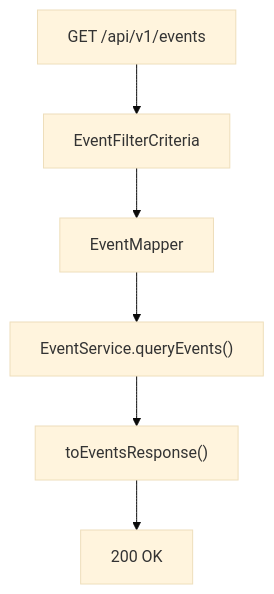
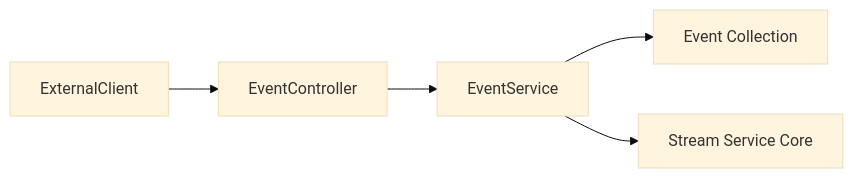
The fourth of 8 diagrams in docs/architecture/external-api-service-core/external-api-service-core.md (Praesto-Pro/openframe-oss-tenant), drawn with Mermaid (base theme) before and after one commit. The commit also changed other lines of this file and 174 other files, not shown here.

````diff
--- a/docs/architecture/external-api-service-core/external-api-service-core.md
+++ b/docs/architecture/external-api-service-core/external-api-service-core.md
@@ -186,8 +186,7 @@
 ```mermaid
-flowchart TD
-    Request["GET /api/v1/events"] --> Filter["EventFilterCriteria"]
-    Filter --> Map["EventMapper"]
-    Map --> Service["EventService.queryEvents()"]
-    Service --> MapResp["toEventsResponse()"]
-    MapResp --> Return["200 OK"]
+flowchart LR
+    ExternalClient --> EventController
+    EventController --> EventService
+    EventService --> MongoEvents["Event Collection"]
+    EventService --> StreamCore["Stream Service Core"]
 ```
````
